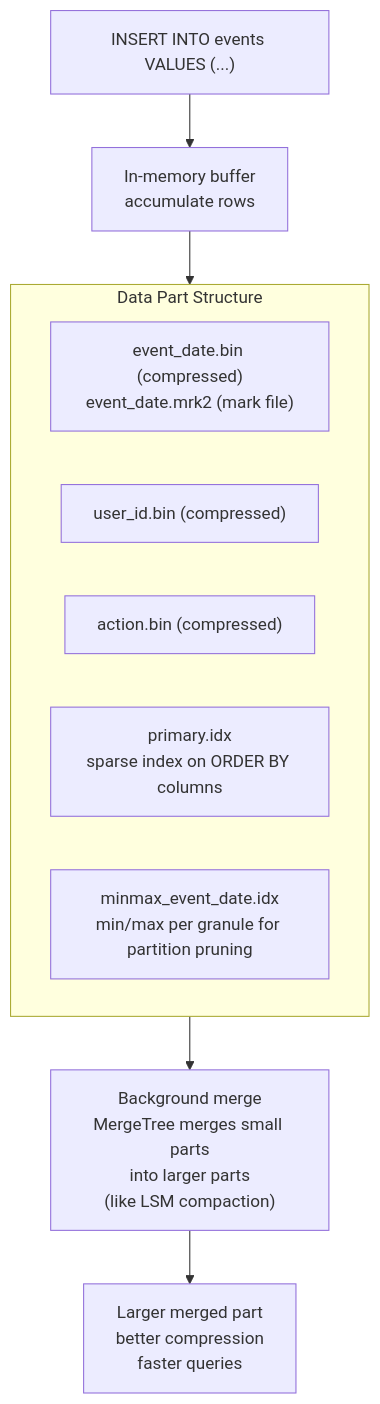
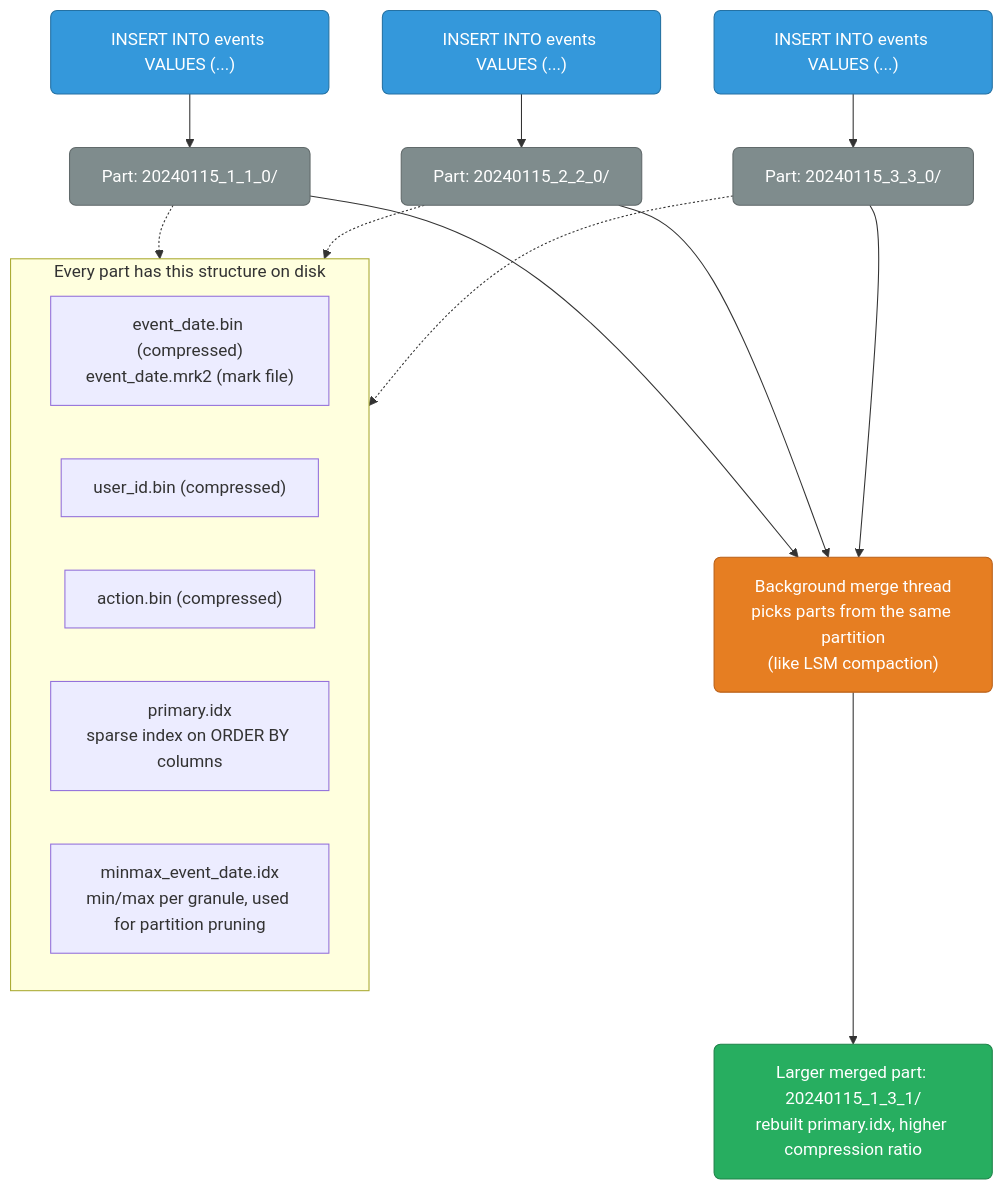
Before and after one commit to deepanshu-rawat6/DevOpsIndex: the first of 6 diagrams in databases/clickhouse-internals.md, drawn with Mermaid. The commit also changed other lines of this file and 7 other files, not shown here.

````diff
--- a/databases/clickhouse-internals.md
+++ b/databases/clickhouse-internals.md
@@ -7,17 +16,28 @@
 ```mermaid
 graph TD
-    INSERT["INSERT INTO events VALUES (...)"] --> BUFFER["In-memory buffer<br>accumulate rows"]
-    BUFFER --> PART["Write data part<br>directory: 20240115_1_1_0/<br>columns written separately"]
+    classDef write fill:#3498db,stroke:#2471a3,color:#fff,rx:6
+    classDef partclass fill:#7f8c8d,stroke:#616a6b,color:#fff,rx:6
+    classDef merge fill:#e67e22,stroke:#ba6018,color:#fff,rx:6
+    classDef result fill:#27ae60,stroke:#1e8449,color:#fff,rx:6
 
-    subgraph PART["Data Part Structure"]
-        COL_TS["event_date.bin (compressed)<br>event_date.mrk2 (mark file)"]
+    INSERT1["INSERT INTO events VALUES (...)"]:::write --> PART1["Part: 20240115_1_1_0/"]:::partclass
+    INSERT2["INSERT INTO events VALUES (...)"]:::write --> PART2["Part: 20240115_2_2_0/"]:::partclass
+    INSERT3["INSERT INTO events VALUES (...)"]:::write --> PART3["Part: 20240115_3_3_0/"]:::partclass
+
+    subgraph STRUCT["Every part has this structure on disk"]
+        COL_TS["event_date.bin (compressed)<br/>event_date.mrk2 (mark file)"]
         COL_USR["user_id.bin (compressed)"]
         COL_ACT["action.bin (compressed)"]
-        PRIMARY["primary.idx<br>sparse index on ORDER BY columns"]
-        MINMAX["minmax_event_date.idx<br>min/max per granule for partition pruning"]
+        PRIMARY["primary.idx<br/>sparse index on ORDER BY columns"]
+        MINMAX["minmax_event_date.idx<br/>min/max per granule, used for partition pruning"]
     end
 
-    MERGE["Background merge<br>MergeTree merges small parts<br>into larger parts<br>(like LSM compaction)"]
-    PART --> MERGE
-    MERGE --> BIGPART["Larger merged part<br>better compression<br>faster queries"]
+    PART1 -.-> STRUCT
+    PART2 -.-> STRUCT
+    PART3 -.-> STRUCT
+
+    PART1 --> MERGE["Background merge thread<br/>picks parts from the same partition<br/>(like LSM compaction)"]:::merge
+    PART2 --> MERGE
+    PART3 --> MERGE
+    MERGE --> BIGPART["Larger merged part: 20240115_1_3_1/<br/>rebuilt primary.idx, higher compression ratio"]:::result
 ```
````
